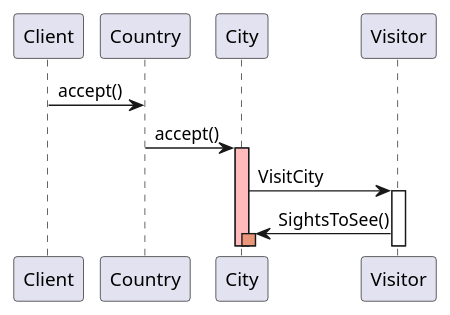
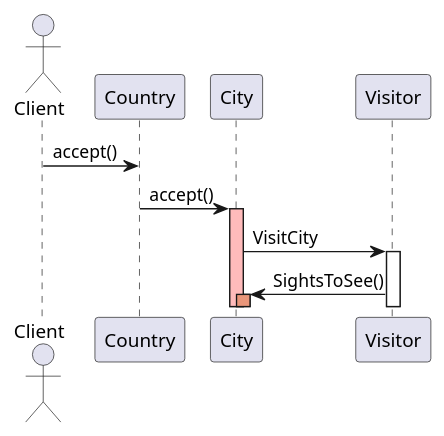
One commit to sabrusrin/wildberries changed the diagram in doc/visitor/sequence_visitor.puml. Above: the diagram before and after it, drawn with PlantUML. The commit also changed 2 other files, not shown here.

```diff
--- a/doc/visitor/sequence_visitor.puml
+++ b/doc/visitor/sequence_visitor.puml
@@ -1,10 +1,11 @@
 @startuml
+actor Client
 Client -> Country:accept()
 Country -> City:accept()
 activate City #FFBBBB
 City -> Visitor:VisitCity
 activate Visitor
 Visitor -> City:SightsToSee()
 activate City #DarkSalmon
 
 @enduml
```
